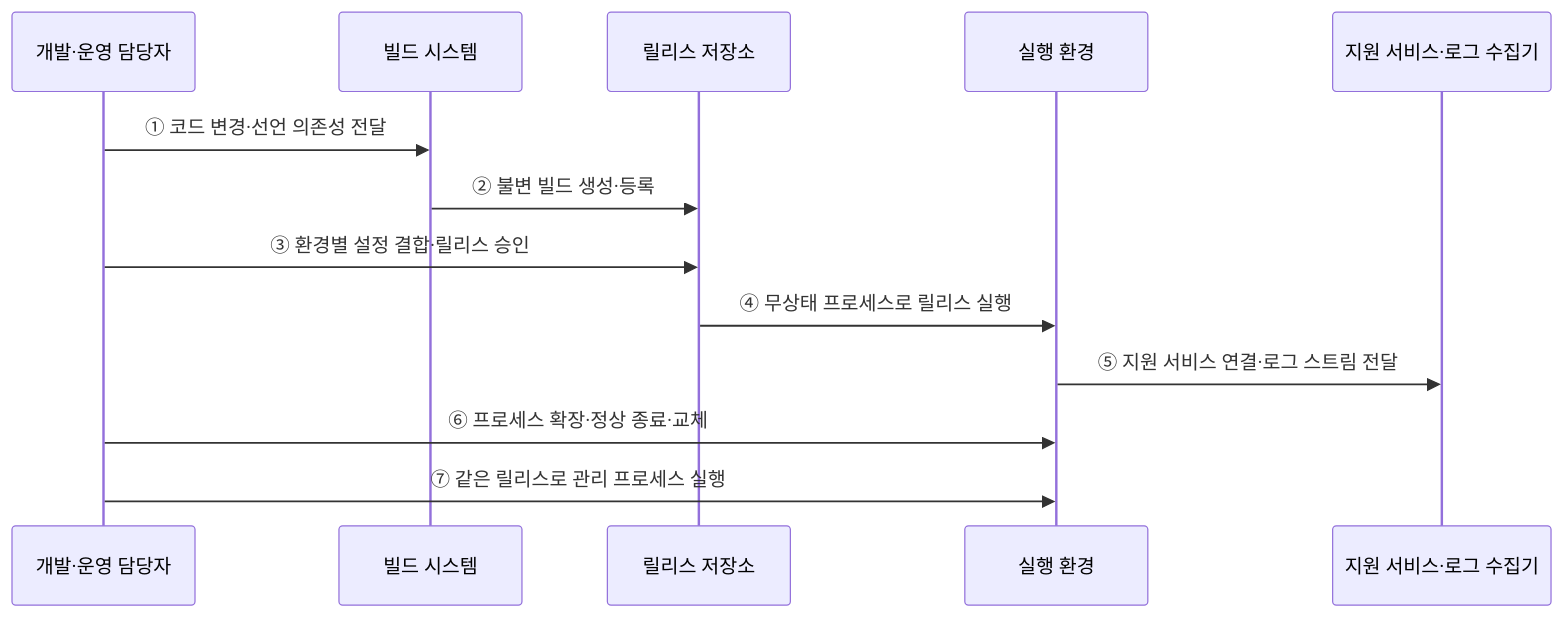
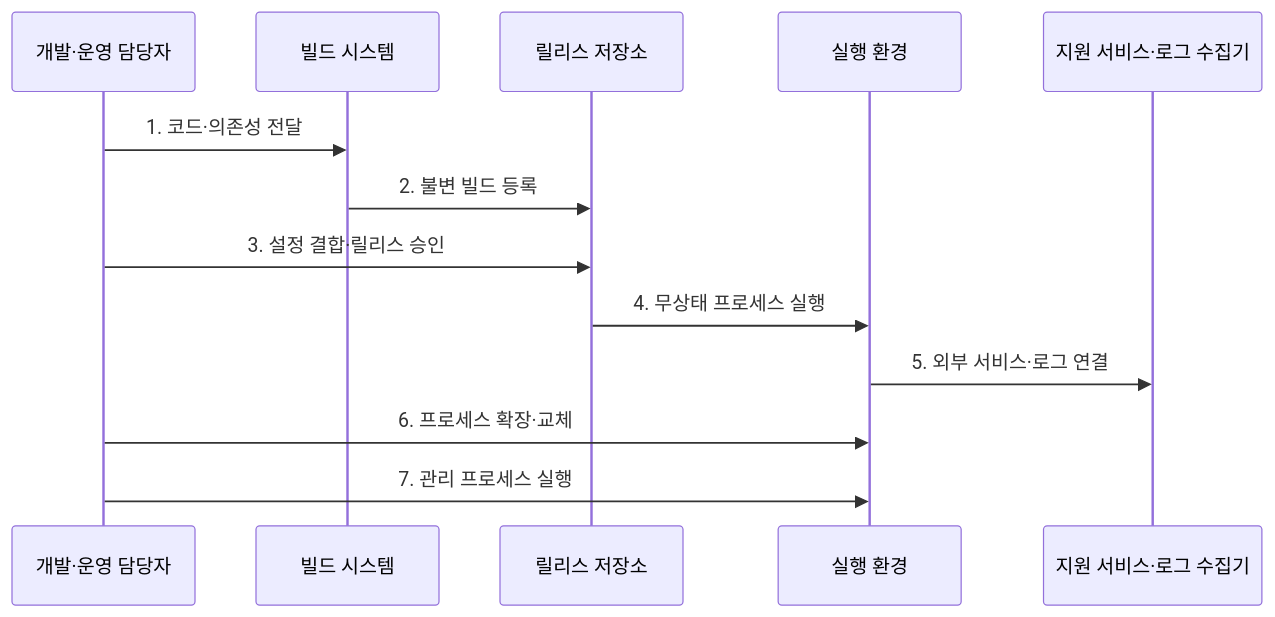
One commit to agnusdei1207/knowledge-base changed the second of 2 diagrams in src/content/docs/notes/03-software/045_twelve_factor_app.md. Above: the diagram before and after it, drawn with Mermaid. The commit also changed other lines of this file and 20 other files, not shown here.

````diff
--- a/src/content/docs/notes/03-software/045_twelve_factor_app.md
+++ b/src/content/docs/notes/03-software/045_twelve_factor_app.md
@@ -99,15 +92,15 @@
 ```mermaid
 sequenceDiagram
     participant D as 개발·운영 담당자
     participant B as 빌드 시스템
     participant R as 릴리스 저장소
     participant P as 실행 환경
     participant S as 지원 서비스·로그 수집기
-    D->>B: ① 코드 변경·선언 의존성 전달
-    B->>R: ② 불변 빌드 생성·등록
-    D->>R: ③ 환경별 설정 결합·릴리스 승인
-    R->>P: ④ 무상태 프로세스로 릴리스 실행
-    P->>S: ⑤ 지원 서비스 연결·로그 스트림 전달
-    D->>P: ⑥ 프로세스 확장·정상 종료·교체
-    D->>P: ⑦ 같은 릴리스로 관리 프로세스 실행
+    D->>B: 1. 코드·의존성 전달
+    B->>R: 2. 불변 빌드 등록
+    D->>R: 3. 설정 결합·릴리스 승인
+    R->>P: 4. 무상태 프로세스 실행
+    P->>S: 5. 외부 서비스·로그 연결
+    D->>P: 6. 프로세스 확장·교체
+    D->>P: 7. 관리 프로세스 실행
 ```
````
